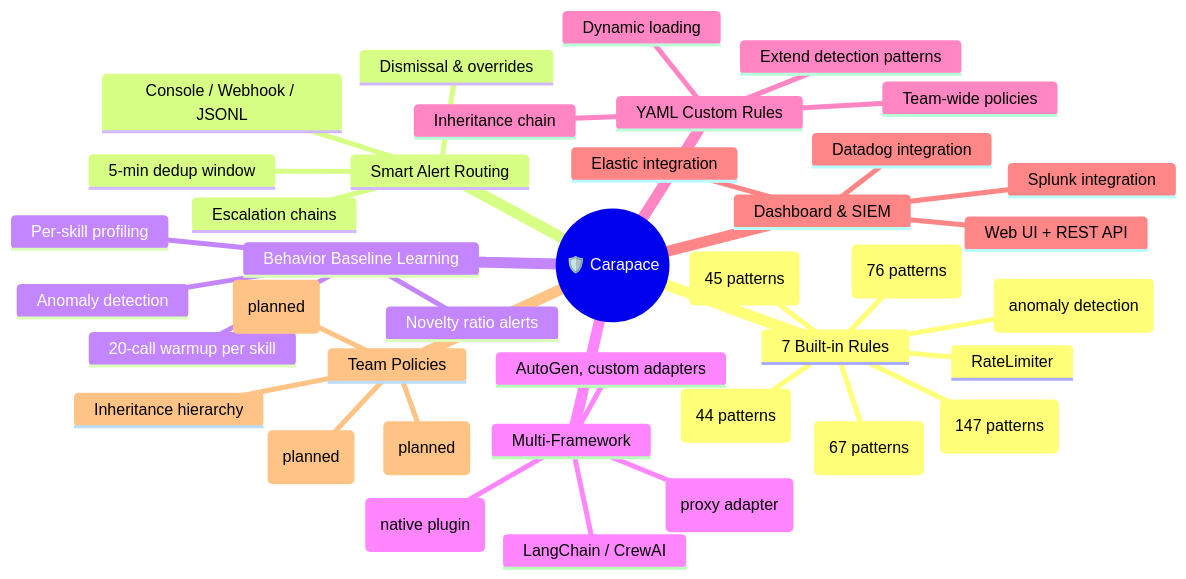
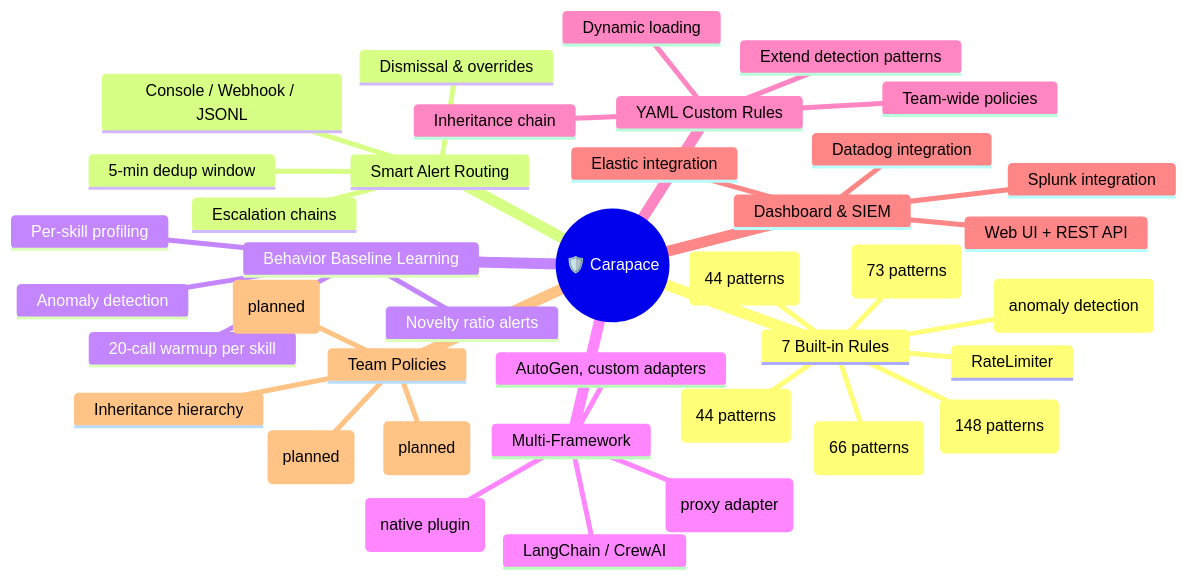
One commit to yeasy/carapace changed the first of 4 diagrams in README.md. Above: the diagram before and after it, drawn with Mermaid. The commit also changed other lines of this file and 2 other files, not shown here.

````diff
--- a/README.md
+++ b/README.md
@@ -70,42 +70,42 @@
 ```mermaid
 mindmap
   root((🛡️ Carapace))
     7 Built-in Rules
-      ExecGuard (147 patterns)
-      PathGuard (76 patterns)
+      ExecGuard (148 patterns)
+      PathGuard (73 patterns)
       NetworkGuard (44 patterns)
       RateLimiter
-      PromptInjection (45 patterns)
-      DataExfil (67 patterns)
+      PromptInjection (44 patterns)
+      DataExfil (66 patterns)
       BaselineDrift (anomaly detection)
     Smart Alert Routing
       5-min dedup window
       Escalation chains
       Dismissal & overrides
       Console / Webhook / JSONL
     Behavior Baseline Learning
       20-call warmup per skill
       Per-skill profiling
       Anomaly detection
       Novelty ratio alerts
     Multi-Framework
       OpenClaw (native plugin)
       MCP (proxy adapter)
       LangChain / CrewAI
       AutoGen, custom adapters
     YAML Custom Rules
       Extend detection patterns
       Team-wide policies
       Inheritance chain
       Dynamic loading
     Dashboard & SIEM
       Web UI + REST API
       Splunk integration
       Elastic integration
       Datadog integration
     Team Policies
       Inheritance hierarchy
       Role-based access (planned)
       Policy versioning (planned)
       Audit logging (planned)
 ```
````
